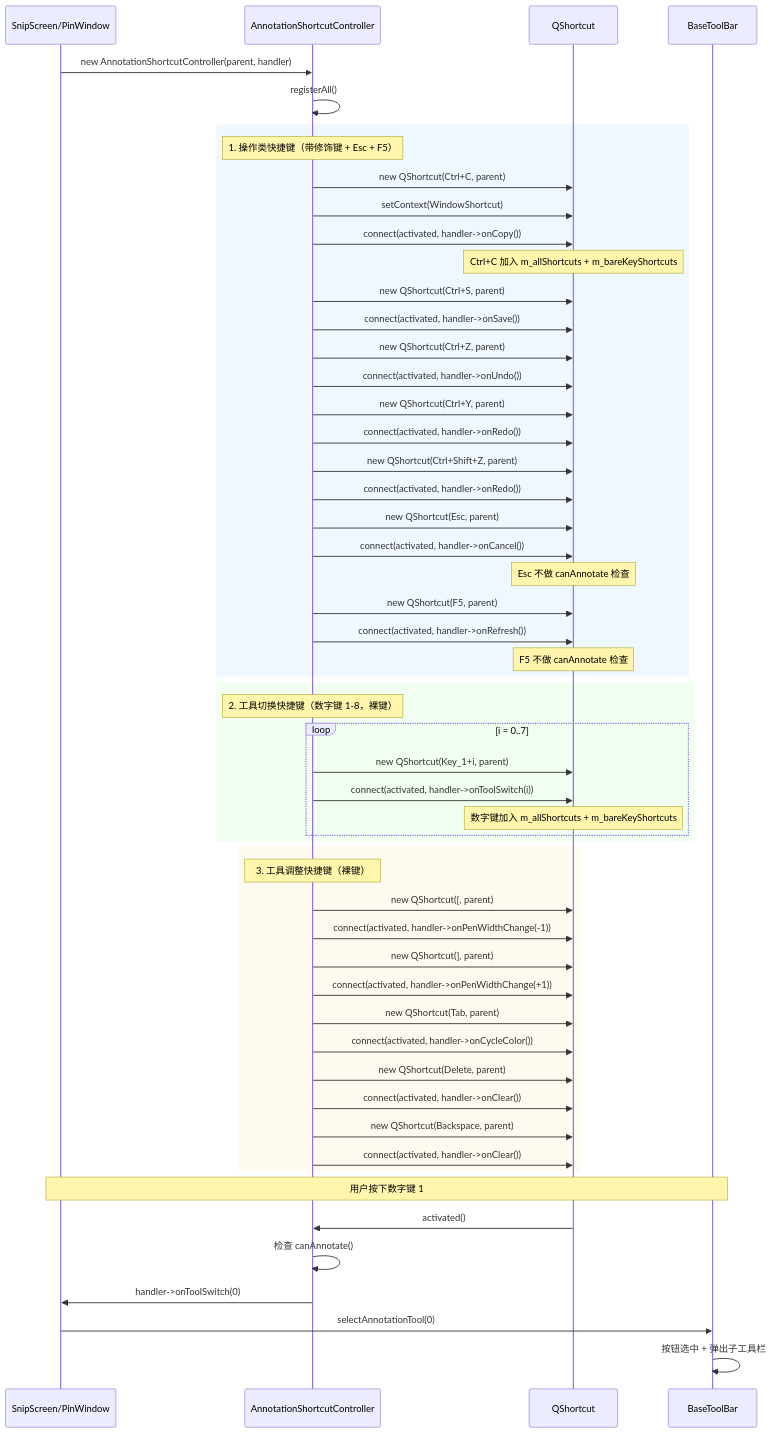
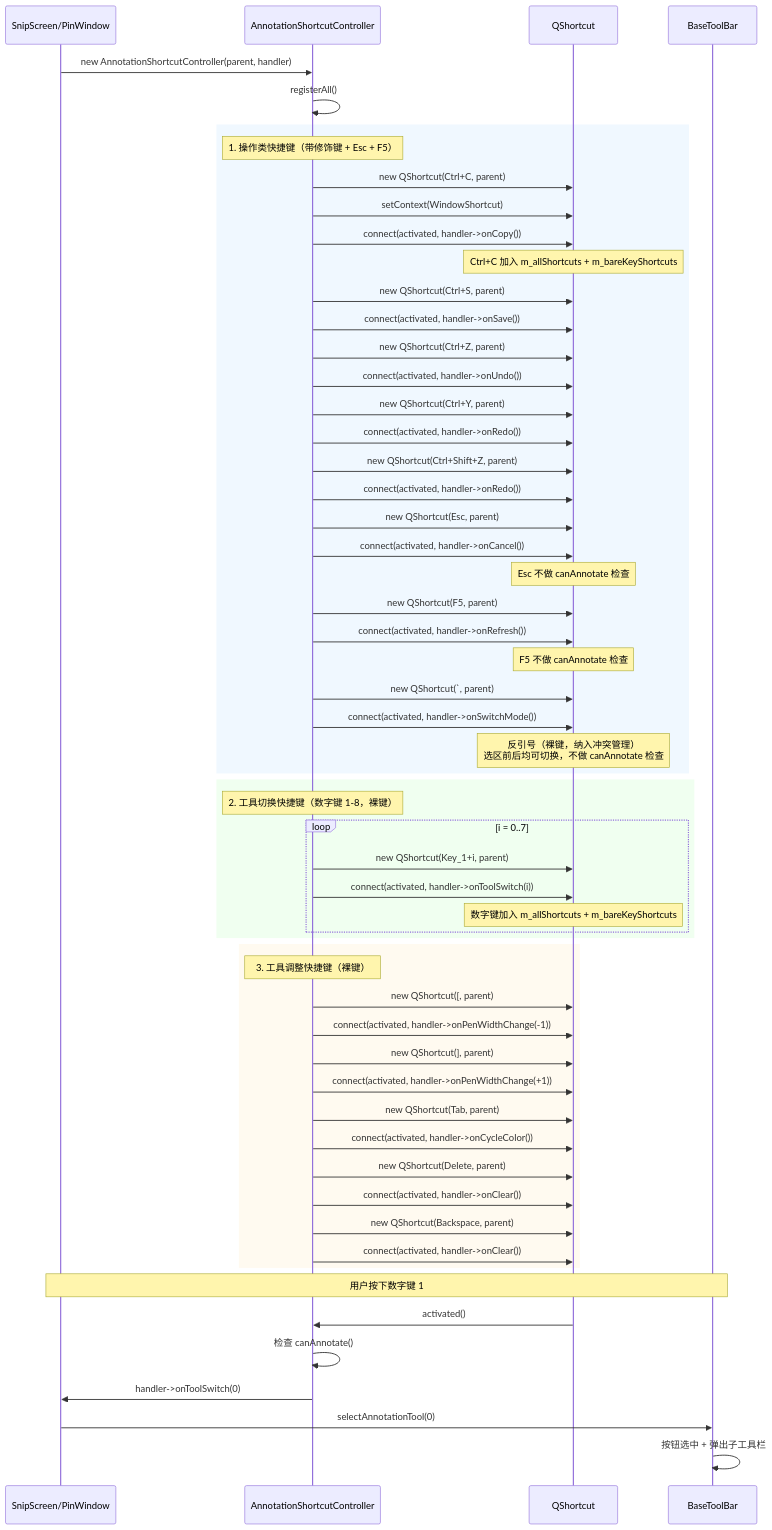
Before and after one commit to ChiangyangNPU/quick-shot: the fifth of 9 diagrams in docs/shortcuts.md, drawn with Mermaid. The commit also changed other lines of this file and 3 other files, not shown here.

````diff
--- a/docs/shortcuts.md
+++ b/docs/shortcuts.md
@@ -533,72 +548,76 @@
 ```mermaid
 sequenceDiagram
     participant SS as SnipScreen/PinWindow
     participant AC as AnnotationShortcutController
     participant QS as QShortcut
     participant TB as BaseToolBar
 
     SS->>AC: new AnnotationShortcutController(parent, handler)
     AC->>AC: registerAll()
     
     rect rgb(240, 248, 255)
         Note over AC: 1. 操作类快捷键（带修饰键 + Esc + F5）
         AC->>QS: new QShortcut(Ctrl+C, parent)
         AC->>QS: setContext(WindowShortcut)
         AC->>QS: connect(activated, handler->onCopy())
         Note over QS: Ctrl+C 加入 m_allShortcuts + m_bareKeyShortcuts
         
         AC->>QS: new QShortcut(Ctrl+S, parent)
         AC->>QS: connect(activated, handler->onSave())
         
         AC->>QS: new QShortcut(Ctrl+Z, parent)
         AC->>QS: connect(activated, handler->onUndo())
         
         AC->>QS: new QShortcut(Ctrl+Y, parent)
         AC->>QS: connect(activated, handler->onRedo())
         
         AC->>QS: new QShortcut(Ctrl+Shift+Z, parent)
         AC->>QS: connect(activated, handler->onRedo())
         
         AC->>QS: new QShortcut(Esc, parent)
         AC->>QS: connect(activated, handler->onCancel())
         Note over QS: Esc 不做 canAnnotate 检查
         
         AC->>QS: new QShortcut(F5, parent)
         AC->>QS: connect(activated, handler->onRefresh())
         Note over QS: F5 不做 canAnnotate 检查
+        
+        AC->>QS: new QShortcut(`, parent)
+        AC->>QS: connect(activated, handler->onSwitchMode())
+        Note over QS: 反引号（裸键，纳入冲突管理）<br/>选区前后均可切换，不做 canAnnotate 检查
     end
     
     rect rgb(240, 255, 240)
         Note over AC: 2. 工具切换快捷键（数字键 1-8，裸键）
         loop i = 0..7
             AC->>QS: new QShortcut(Key_1+i, parent)
             AC->>QS: connect(activated, handler->onToolSwitch(i))
             Note over QS: 数字键加入 m_allShortcuts + m_bareKeyShortcuts
         end
     end
     
     rect rgb(255, 250, 240)
         Note over AC: 3. 工具调整快捷键（裸键）
         AC->>QS: new QShortcut([, parent)
         AC->>QS: connect(activated, handler->onPenWidthChange(-1))
         
         AC->>QS: new QShortcut(], parent)
         AC->>QS: connect(activated, handler->onPenWidthChange(+1))
         
         AC->>QS: new QShortcut(Tab, parent)
         AC->>QS: connect(activated, handler->onCycleColor())
         
         AC->>QS: new QShortcut(Delete, parent)
         AC->>QS: connect(activated, handler->onClear())
         
         AC->>QS: new QShortcut(Backspace, parent)
         AC->>QS: connect(activated, handler->onClear())
     end
 
     Note over SS,TB: 用户按下数字键 1
     QS->>AC: activated()
     AC->>AC: 检查 canAnnotate()
     AC->>SS: handler->onToolSwitch(0)
     SS->>TB: selectAnnotationTool(0)
     TB->>TB: 按钮选中 + 弹出子工具栏
 ```
````
